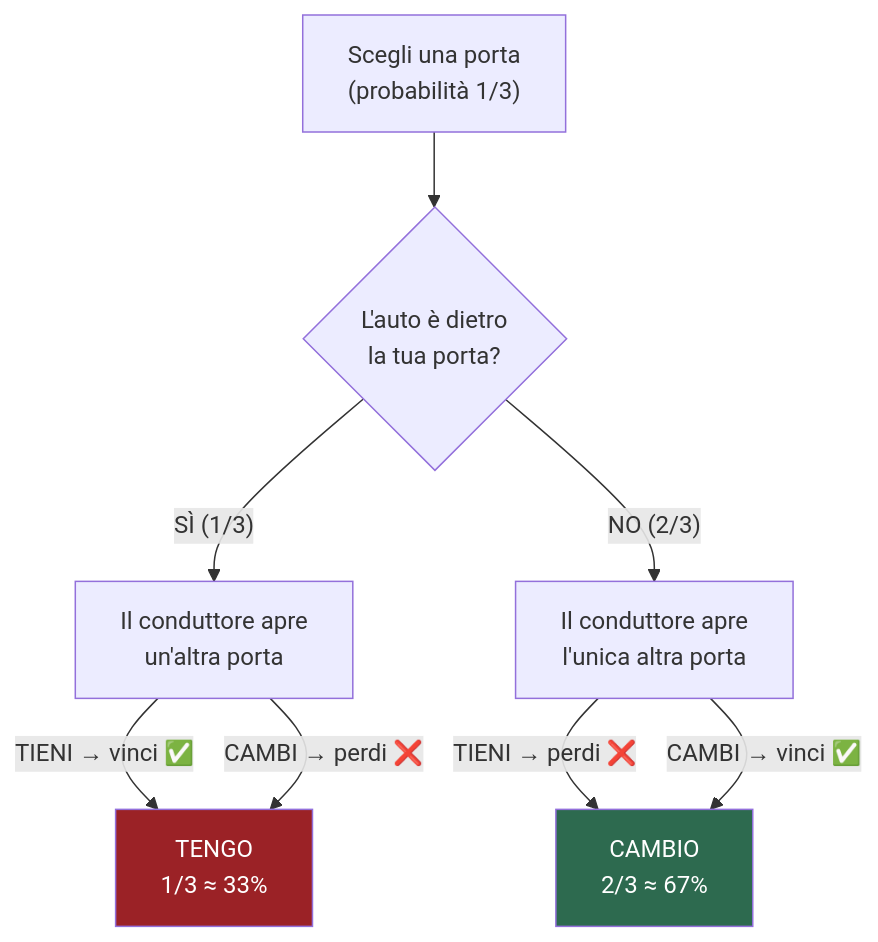
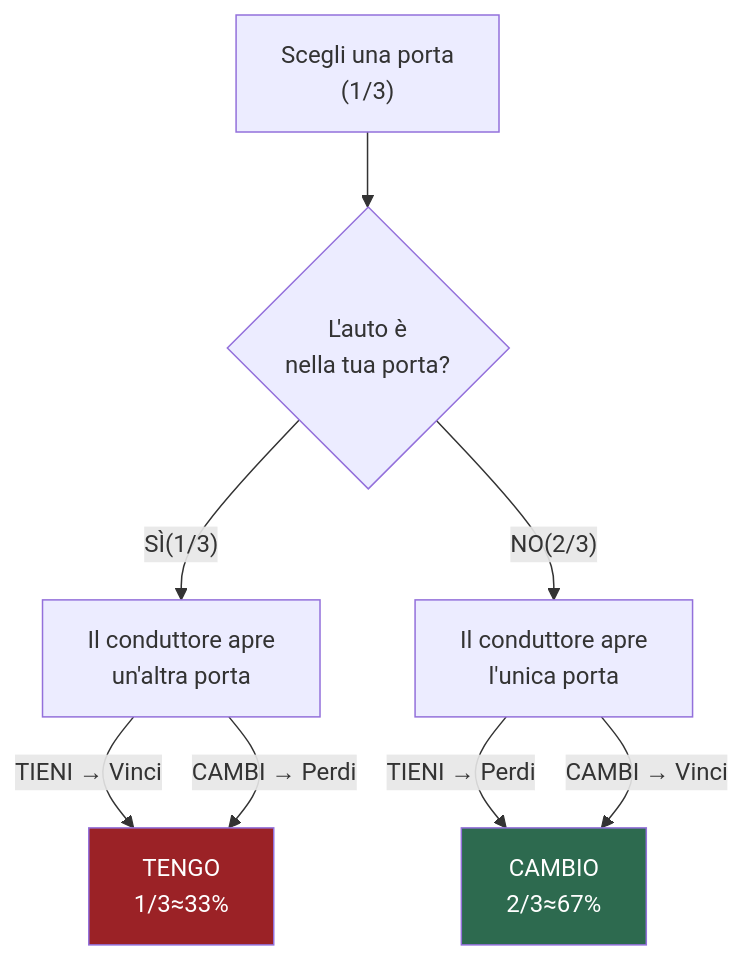
One commit to DiscoHDuBois/Dilemma-Monty-Hall changed the diagram in README.md. Above: the diagram before and after it, drawn with Mermaid.

````diff
--- a/README.md
+++ b/README.md
@@ -40,18 +40,18 @@
 ```mermaid
 flowchart TD
-    A["Scegli una porta<br>(probabilità 1/3)"] --> B{"L'auto è dietro<br>la tua porta?"}
+    A["Scegli una porta<br>(1/3)"] --> B{"L'auto è<br>nella tua porta?"}
 
-    B -- "SÌ (1/3)" --> C["Il conduttore apre<br>un'altra porta"]
-    B -- "NO (2/3)" --> D["Il conduttore apre<br>l'unica altra porta"]
+    B -- "SÌ(1/3)" --> C["Il conduttore apre<br>un'altra porta"]
+    B -- "NO(2/3)" --> D["Il conduttore apre<br>l'unica porta"]
 
-    C -- "TIENI → vinci ✅" --> Z
-    C -- "CAMBI → perdi ❌" --> Z
-    D -- "TIENI → perdi ❌" --> W
-    D -- "CAMBI → vinci ✅" --> W
+    C -- "TIENI → Vinci" --> Z
+    C -- "CAMBI → Perdi" --> Z
+    D -- "TIENI → Perdi" --> W
+    D -- "CAMBI → Vinci" --> W
 
-    Z["TENGO<br>1/3 ≈ 33%"]
-    W["CAMBIO<br>2/3 ≈ 67%"]
+    Z["TENGO<br>1/3≈33%"]
+    W["CAMBIO<br>2/3≈67%"]
 
     style W fill:#2d6a4f,color:#fff
     style Z fill:#9b2226,color:#fff
 ```
````
